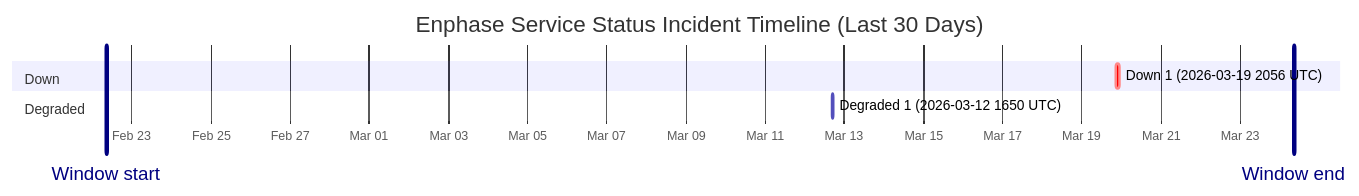
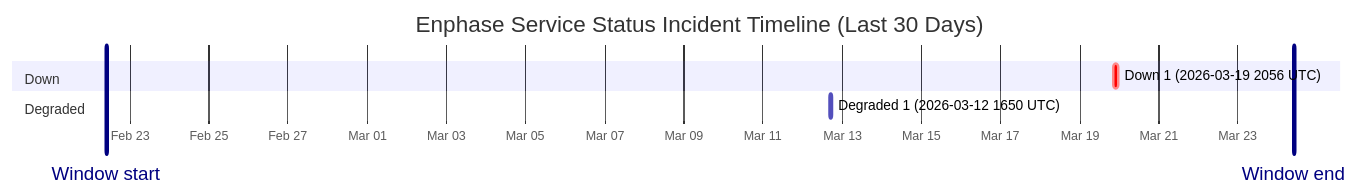
One commit to barneyonline/ha-enphase-ev-charger changed the diagram in wiki/Service-Status-History.md. Above: the diagram before and after it, drawn with Mermaid. The commit also changed other lines of this file and 3 other files, not shown here.

````diff
--- a/wiki/Service-Status-History.md
+++ b/wiki/Service-Status-History.md
@@ -14,12 +14,12 @@
 ```mermaid
 gantt
     title Enphase Service Status Incident Timeline (Last 30 Days)
     dateFormat  YYYY-MM-DDTHH:mm:ss
     axisFormat  %b %d
-    Window start :vert, window-start, 2026-02-22T08:40:10, 0ms
-    Window end :vert, window-end, 2026-03-24T08:40:10, 0ms
+    Window start :vert, window-start, 2026-02-22T09:45:30, 0ms
+    Window end :vert, window-end, 2026-03-24T09:45:30, 0ms
     section Down
     Down 1 (2026-03-19 2056 UTC) :crit, down-1, 2026-03-19T20:56:20, 145m
     section Degraded
     Degraded 1 (2026-03-12 1650 UTC) :active, degraded-1, 2026-03-12T16:50:43, 60m
 ```
````
